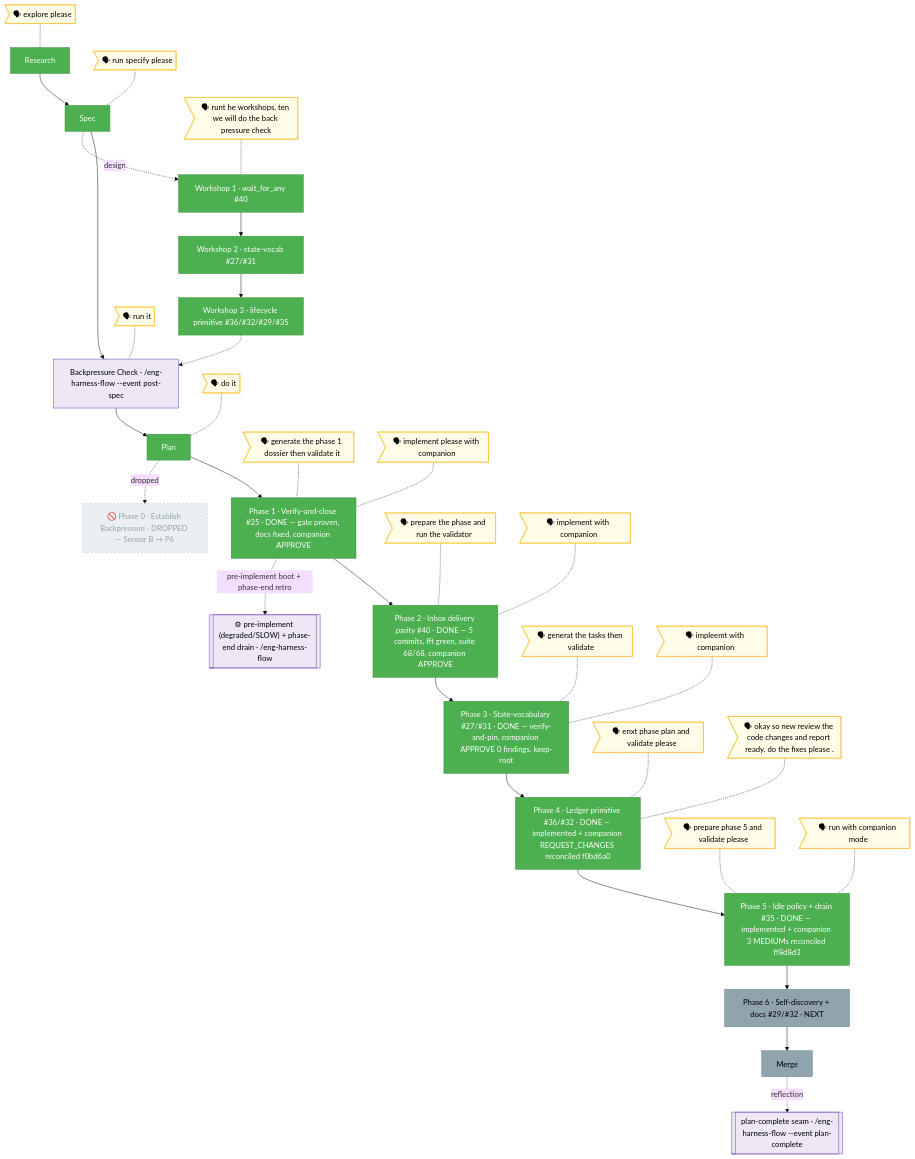
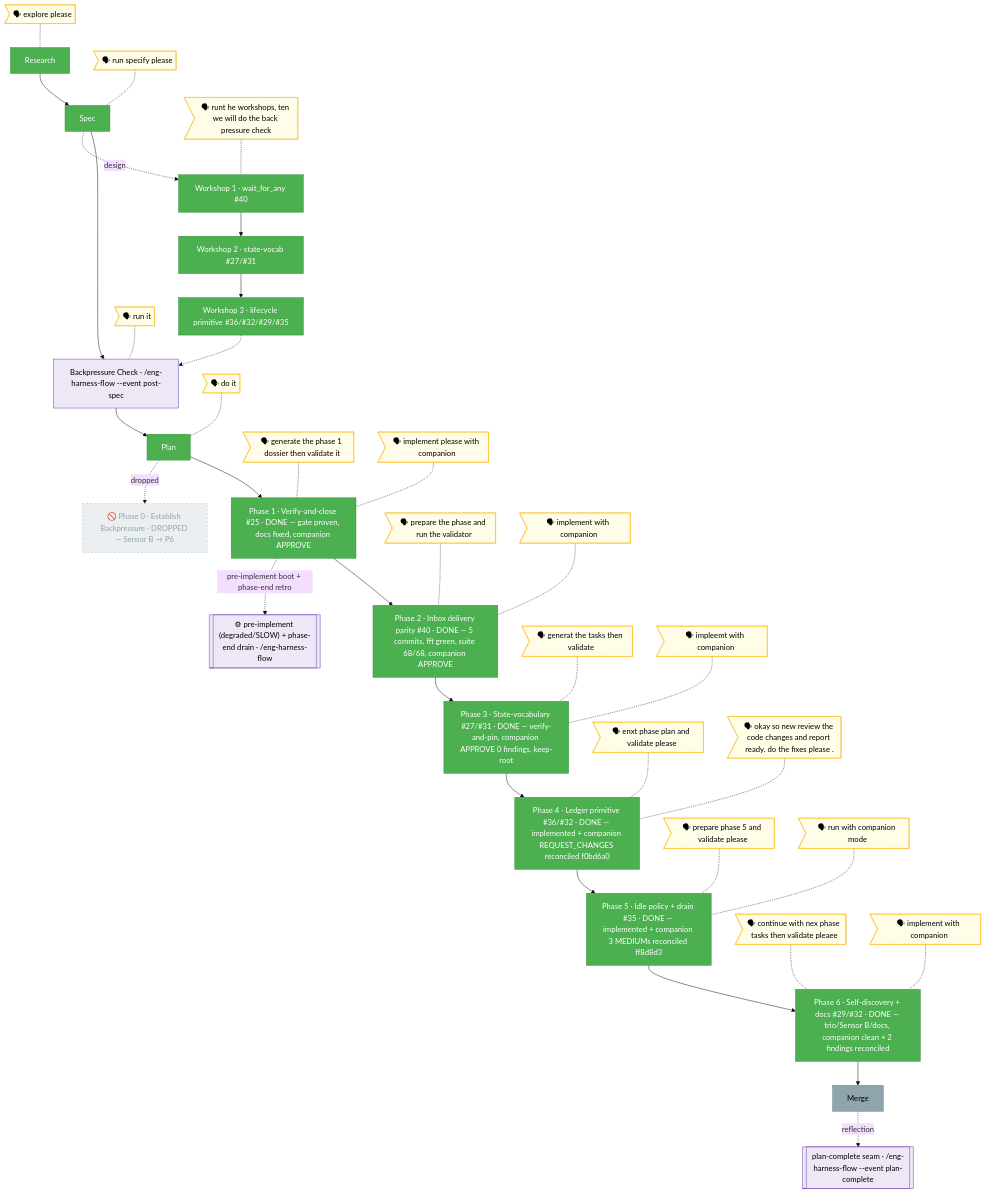
The diagram in docs/plans/027-companion-coordination/the-flow.md (AI-Substrate/minih), drawn with Mermaid (base theme) before and after one commit. The commit also changed other lines of this file and 2 other files, not shown here.

Commit message:
chore(the-flow): reconcile flight plan — Phase 6 DONE, plan code-complete, advance to awaiting-6 (027)

````diff
--- a/docs/plans/027-companion-coordination/the-flow.md
+++ b/docs/plans/027-companion-coordination/the-flow.md
@@ -7,64 +7,68 @@
 ```mermaid
 flowchart TD
     classDef done    fill:#4CAF50,stroke:#388E3C,color:#fff
     classDef wip     fill:#FF9800,stroke:#F57C00,color:#000
     classDef blocked fill:#F44336,stroke:#D32F2F,color:#fff
     classDef known   fill:#90A4AE,stroke:#607D8B,color:#000
     classDef assumed fill:#ECEFF1,stroke:#B0BEC5,color:#90A4AE,stroke-dasharray:4 4
     classDef said    fill:#FFFDE7,stroke:#FBC02D,color:#000
     classDef harness fill:#EDE7F6,stroke:#673AB7,color:#000
 
     %% ── spine; post-spec Backpressure Check sits between Spec and Plan ──
     R[Research]:::done --> S[Spec]:::done
     S --> BP["Backpressure Check · /eng-harness-flow --event post-spec"]:::harness --> PL[Plan]:::done
     PL --> P1[Phase 1 · Verify-and-close #25 · DONE — gate proven, docs fixed, companion APPROVE]:::done
     PL -.->|dropped| P0["🚫 Phase 0 · Establish Backpressure · DROPPED — Sensor B → P6"]:::assumed
     P1 --> P2[Phase 2 · Inbox delivery parity #40 · DONE — 5 commits, fft green, suite 68/68, companion APPROVE]:::done
     P2 --> P3[Phase 3 · State-vocabulary #27/#31 · DONE — verify-and-pin, companion APPROVE 0 findings, keep-root]:::done
     P3 --> P4[Phase 4 · Ledger primitive #36/#32 · DONE — implemented + companion REQUEST_CHANGES reconciled f0bd6a0]:::done
     P4 --> P5[Phase 5 · Idle policy + drain #35 · DONE — implemented + companion 3 MEDIUMs reconciled ff8d8d3]:::done
-    P5 --> P6[Phase 6 · Self-discovery + docs #29/#32 · NEXT]:::known
+    P5 --> P6[Phase 6 · Self-discovery + docs #29/#32 · DONE — trio/Sensor B/docs, companion clean + 2 findings reconciled]:::done
     P6 --> M[Merge]:::known
 
     %% ── excursions: each workshop is its own node ──
     S -.->|design| W1[Workshop 1 · wait_for_any #40]:::done
     W1 --> W2[Workshop 2 · state-vocab #27/#31]:::done
     W2 --> W3[Workshop 3 · lifecycle primitive #36/#32/#29/#35]:::done
     W3 -.-> BP
 
     %% ── harness seams (router installed) ──
     P1 -.->|pre-implement boot + phase-end retro| HS1[["⚙ pre-implement (degraded/SLOW) + phase-end drain · /eng-harness-flow"]]:::harness
     M -.->|reflection| HH[["plan-complete seam · /eng-harness-flow --event plan-complete"]]:::harness
 
     %% ── verbatim user-said bubbles ──
     UR>"🗣 explore please"]:::said
     UR -.- R
     US>"🗣 run specify please"]:::said
     US -.- S
     U1>"🗣 runt he workshops, ten we will do the back pressure check"]:::said
     U1 -.- W1
     UBP>"🗣 run it"]:::said
     UBP -.- BP
     UPL>"🗣 do it"]:::said
     UPL -.- PL
     UP1a>"🗣 generate the phase 1 dossier then validate it"]:::said
     UP1a -.- P1
     UP1b>"🗣 implement please with companion"]:::said
     UP1b -.- P1
     UP2a>"🗣 prepare the phase and run the validator"]:::said
     UP2a -.- P2
     UP2b>"🗣 implement with companion"]:::said
     UP2b -.- P2
     UP3a>"🗣 generat the tasks then validate"]:::said
     UP3a -.- P3
     UP3b>"🗣 impleemt with companion"]:::said
     UP3b -.- P3
     UP4a>"🗣 enxt phase plan and validate please"]:::said
     UP4a -.- P4
     UP4b>"🗣 okay so new review the code changes and report ready. do the fixes please ."]:::said
     UP4b -.- P4
     UP5a>"🗣 prepare phase 5 and validate please"]:::said
     UP5a -.- P5
     UP5b>"🗣 run with companion mode"]:::said
     UP5b -.- P5
+    UP6a>"🗣 continue with nex phase tasks then validate pleaee"]:::said
+    UP6a -.- P6
+    UP6b>"🗣 implement with companion"]:::said
+    UP6b -.- P6
 ```
````
